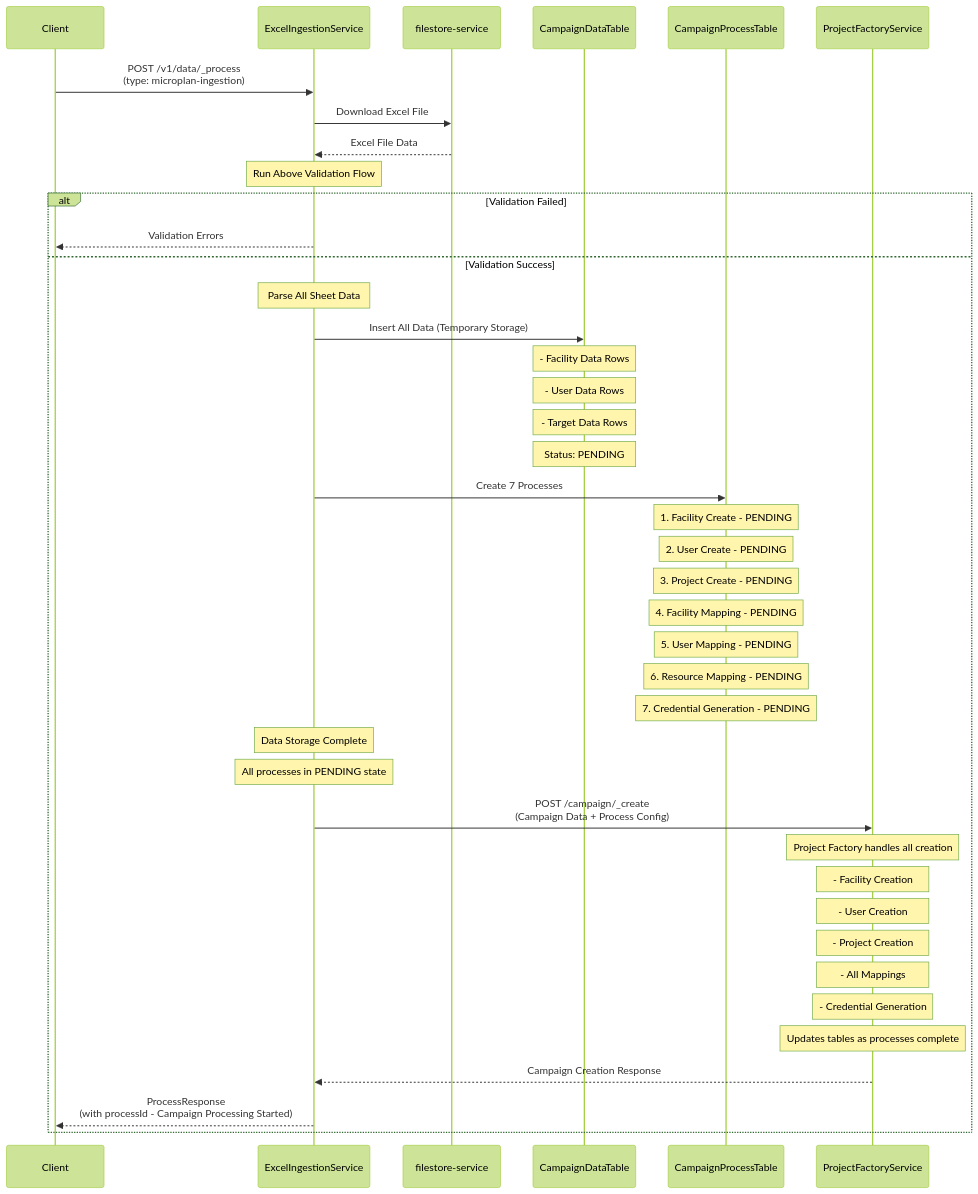
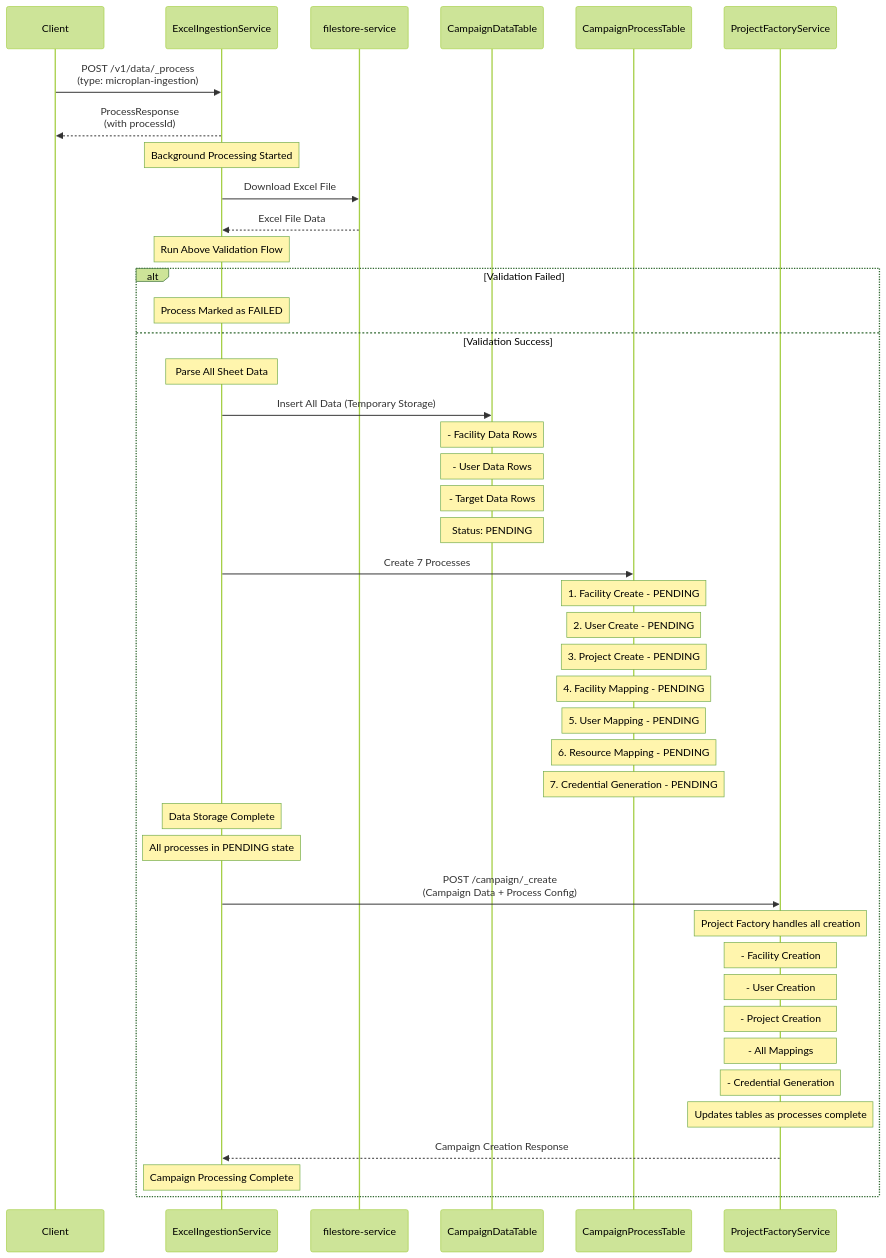
The third of 3 diagrams in tempDesign.md (ashish-egov/campaign-whole-sheet-ingestion), drawn with Mermaid (forest theme) before and after one commit. The commit also changed other lines of this file, not shown here.

````diff
--- a/tempDesign.md
+++ b/tempDesign.md
@@ -75,55 +83,59 @@
 ```mermaid
 sequenceDiagram
     participant Client
     participant ExcelIngestionService
     participant filestore-service
     participant CampaignDataTable
     participant CampaignProcessTable
     participant ProjectFactoryService
     
     Client->>ExcelIngestionService: POST /v1/data/_process<br/>(type: microplan-ingestion)
     
+    ExcelIngestionService-->>Client: ProcessResponse<br/>(with processId)
+    
+    Note over ExcelIngestionService: Background Processing Started
+    
     ExcelIngestionService->>filestore-service: Download Excel File
     filestore-service-->>ExcelIngestionService: Excel File Data
     
     Note over ExcelIngestionService: Run Above Validation Flow
     
     alt Validation Failed
-        ExcelIngestionService-->>Client: Validation Errors
+        Note over ExcelIngestionService: Process Marked as FAILED
     else Validation Success
     
         Note over ExcelIngestionService: Parse All Sheet Data
         
         ExcelIngestionService->>CampaignDataTable: Insert All Data (Temporary Storage)
         Note over CampaignDataTable: - Facility Data Rows
         Note over CampaignDataTable: - User Data Rows  
         Note over CampaignDataTable: - Target Data Rows
         Note over CampaignDataTable: Status: PENDING
         
         ExcelIngestionService->>CampaignProcessTable: Create 7 Processes
         Note over CampaignProcessTable: 1. Facility Create - PENDING
         Note over CampaignProcessTable: 2. User Create - PENDING
         Note over CampaignProcessTable: 3. Project Create - PENDING
         Note over CampaignProcessTable: 4. Facility Mapping - PENDING
         Note over CampaignProcessTable: 5. User Mapping - PENDING
         Note over CampaignProcessTable: 6. Resource Mapping - PENDING
         Note over CampaignProcessTable: 7. Credential Generation - PENDING
         
         Note over ExcelIngestionService: Data Storage Complete
         Note over ExcelIngestionService: All processes in PENDING state
         
         ExcelIngestionService->>ProjectFactoryService: POST /campaign/_create<br/>(Campaign Data + Process Config)
         
         Note over ProjectFactoryService: Project Factory handles all creation
         Note over ProjectFactoryService: - Facility Creation
         Note over ProjectFactoryService: - User Creation  
         Note over ProjectFactoryService: - Project Creation
         Note over ProjectFactoryService: - All Mappings
         Note over ProjectFactoryService: - Credential Generation
         Note over ProjectFactoryService: Updates tables as processes complete
         
         ProjectFactoryService-->>ExcelIngestionService: Campaign Creation Response
         
-        ExcelIngestionService-->>Client: ProcessResponse<br/>(with processId - Campaign Processing Started)
+        Note over ExcelIngestionService: Campaign Processing Complete
     end
 ```
````
